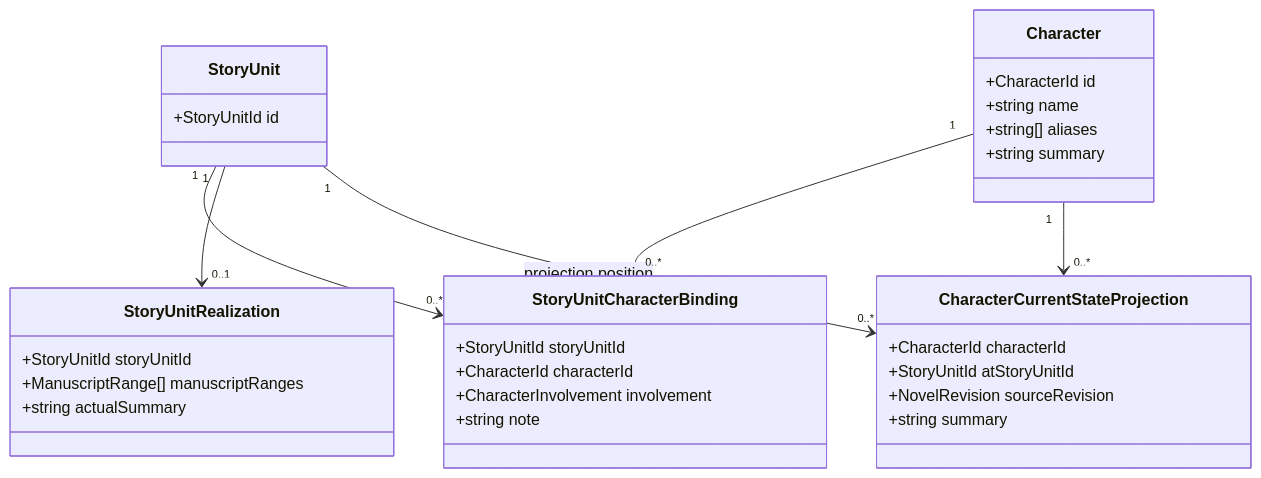
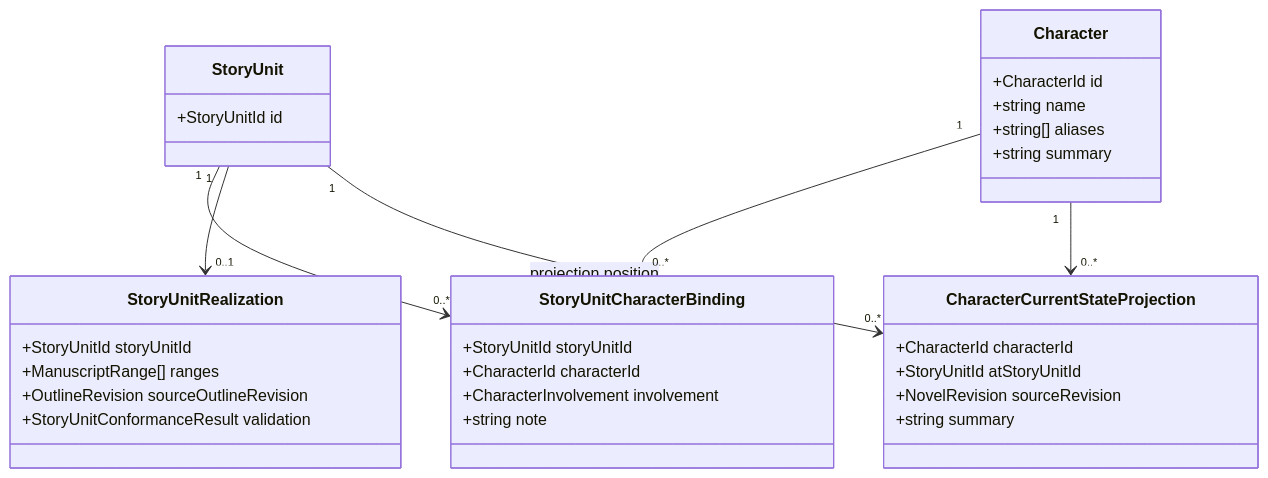
Before and after one commit to fanghuarunbalala/nova-writing: the fifth of 5 diagrams in docs/novel-domain.md, drawn with Mermaid. The commit also changed other lines of this file, not shown here.

Commit message:
docs: require manuscript outline conformance

````diff
--- a/docs/novel-domain.md
+++ b/docs/novel-domain.md
@@ -395,39 +545,40 @@
 ```mermaid
 classDiagram
     class StoryUnit {
         +StoryUnitId id
     }
 
     class Character {
         +CharacterId id
         +string name
         +string[] aliases
         +string summary
     }
 
     class StoryUnitCharacterBinding {
         +StoryUnitId storyUnitId
         +CharacterId characterId
         +CharacterInvolvement involvement
         +string note
     }
 
     class StoryUnitRealization {
         +StoryUnitId storyUnitId
-        +ManuscriptRange[] manuscriptRanges
-        +string actualSummary
+        +ManuscriptRange[] ranges
+        +OutlineRevision sourceOutlineRevision
+        +StoryUnitConformanceResult validation
     }
 
     class CharacterCurrentStateProjection {
         +CharacterId characterId
         +StoryUnitId atStoryUnitId
         +NovelRevision sourceRevision
         +string summary
     }
 
     StoryUnit "1" --> "0..*" StoryUnitCharacterBinding
     Character "1" --> "0..*" StoryUnitCharacterBinding
     StoryUnit "1" --> "0..1" StoryUnitRealization
     Character "1" --> "0..*" CharacterCurrentStateProjection
     StoryUnit "1" --> "0..*" CharacterCurrentStateProjection : projection position
 ```
````
